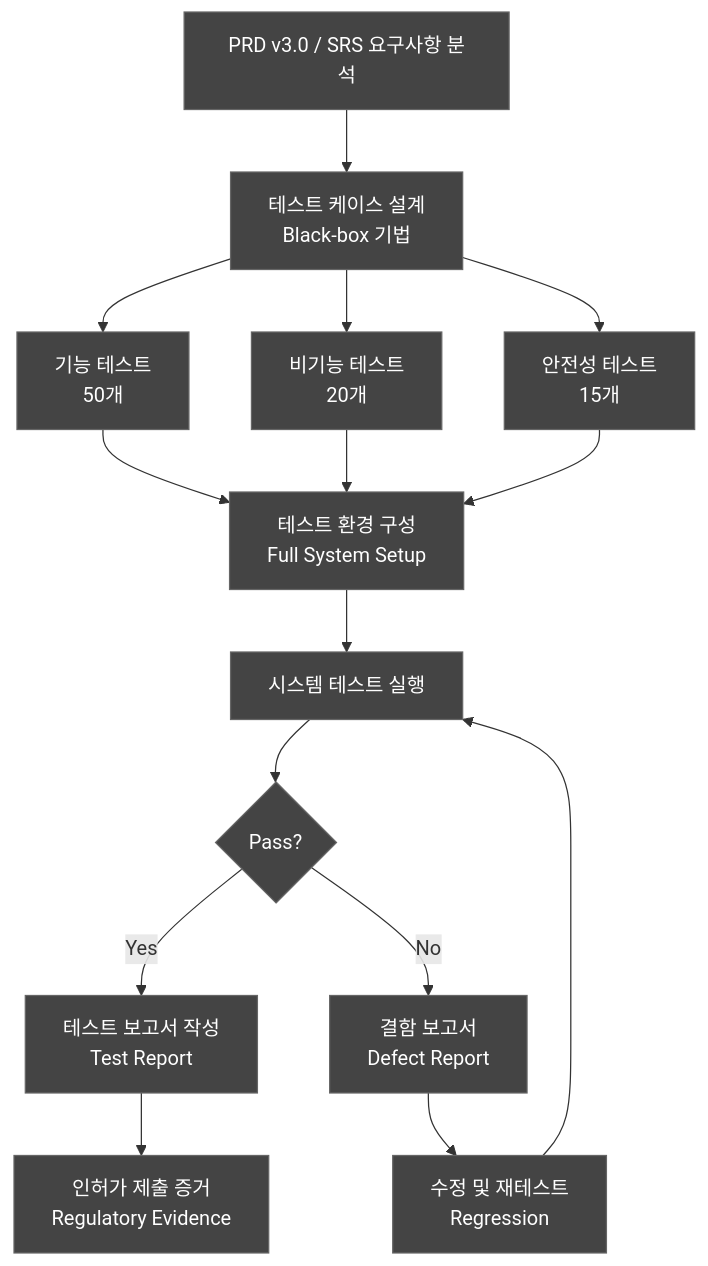
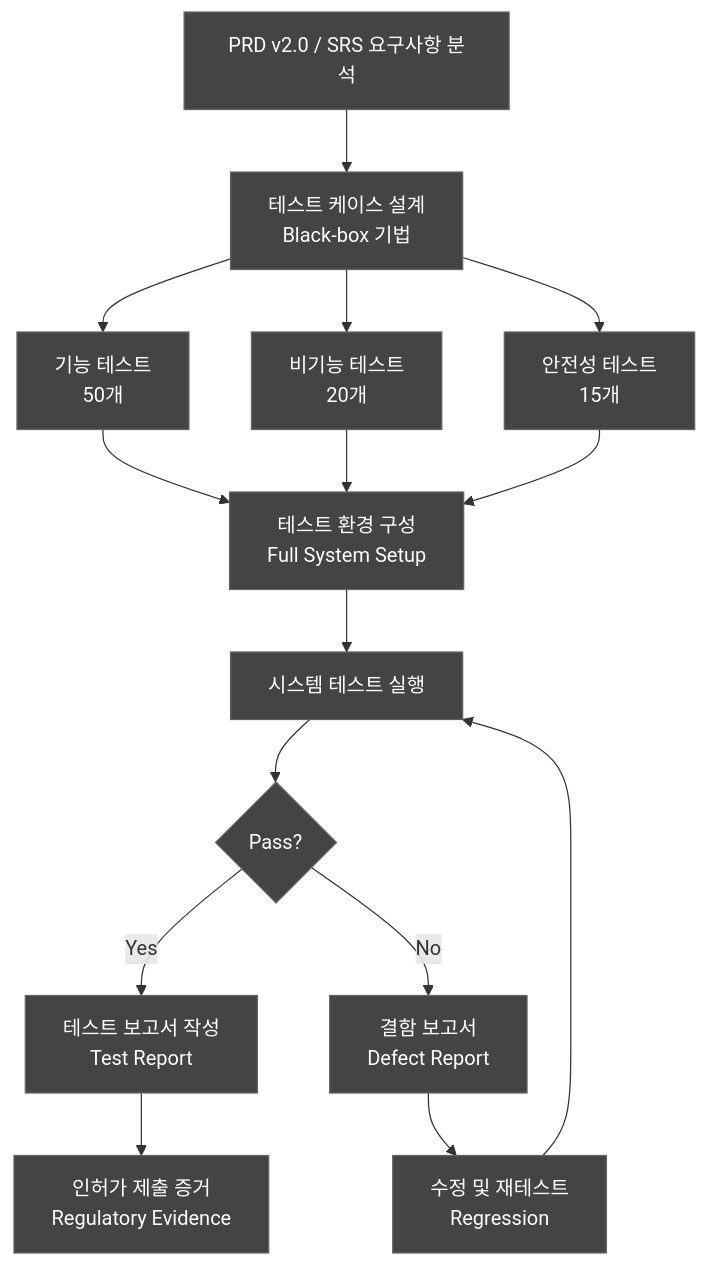
The first of 7 diagrams in docs/testing/DOC-014_SystemTestPlan_v1.0.md (holee9/console-gui), drawn with Mermaid before and after one commit. The commit also changed other lines of this file and 11 other files, not shown here.

````diff
--- a/docs/testing/DOC-014_SystemTestPlan_v1.0.md
+++ b/docs/testing/DOC-014_SystemTestPlan_v1.0.md
@@ -102,18 +102,18 @@
 ```mermaid
 flowchart TD
     classDef default fill:#444,stroke:#666,color:#fff
-    A[PRD v3.0 / SRS 요구사항 분석] --> B[테스트 케이스 설계\nBlack-box 기법]
+    A[PRD v2.0 / SRS 요구사항 분석] --> B[테스트 케이스 설계\nBlack-box 기법]
     B --> C1[기능 테스트\n50개]
     B --> C2[비기능 테스트\n20개]
     B --> C3[안전성 테스트\n15개]
     C1 --> D[테스트 환경 구성\nFull System Setup]
     C2 --> D
     C3 --> D
     D --> E[시스템 테스트 실행]
     E --> F{Pass?}
     F -->|Yes| G[테스트 보고서 작성\nTest Report]
     F -->|No| H[결함 보고서\nDefect Report]
     H --> I[수정 및 재테스트\nRegression]
     I --> E
     G --> J[인허가 제출 증거\nRegulatory Evidence]
 ```
````
